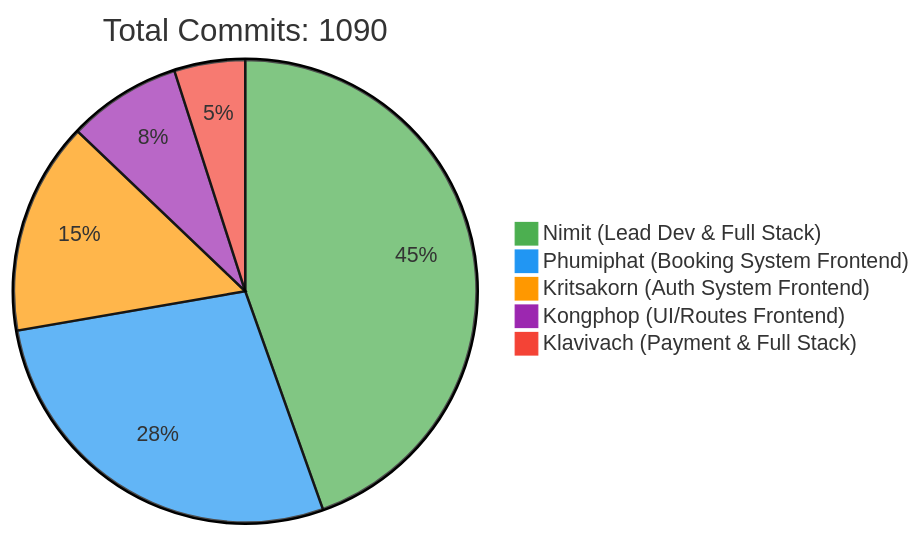
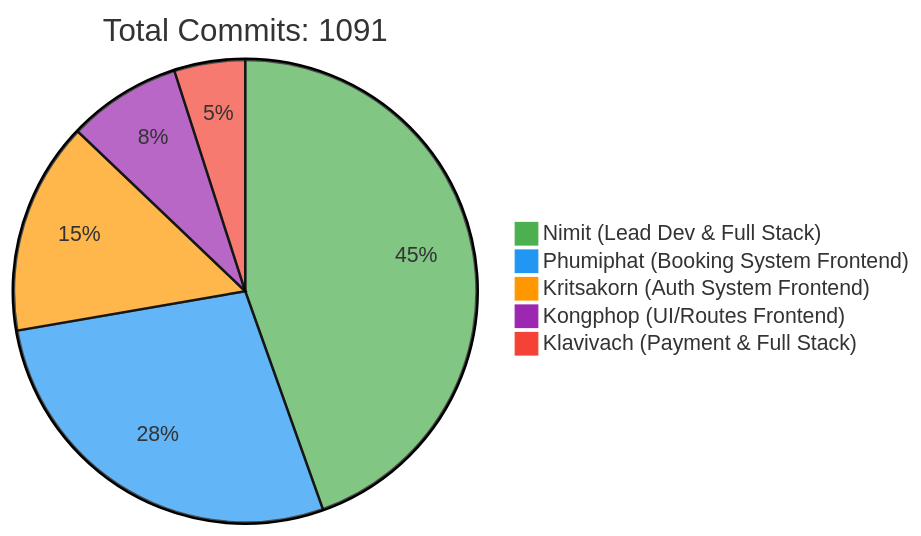
The first of 2 diagrams in README.md (6531503042/Sport-Complex), drawn with Mermaid before and after one commit. The commit also changed other lines of this file, not shown here.

Commit message:
docs: Update contributor statistics [skip ci]

````diff
--- a/README.md
+++ b/README.md
@@ -257,10 +257,10 @@
 ```mermaid
 %%{init: {'theme': 'base', 'themeVariables': { 'pie1': '#4CAF50', 'pie2': '#2196F3', 'pie3': '#FF9800', 'pie4': '#9C27B0', 'pie5': '#F44336'}}}%%
 pie
-    title Total Commits: 1090
+    title Total Commits: 1091
     "Nimit (Lead Dev & Full Stack)" : 450
     "Phumiphat (Booking System Frontend)" : 280
     "Kritsakorn (Auth System Frontend)" : 150
     "Kongphop (UI/Routes Frontend)" : 80
     "Klavivach (Payment & Full Stack)" : 50
 ```
````
